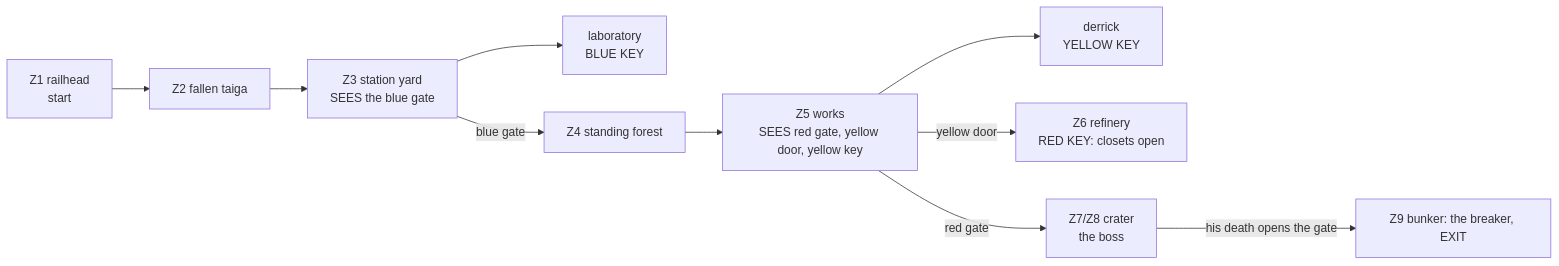
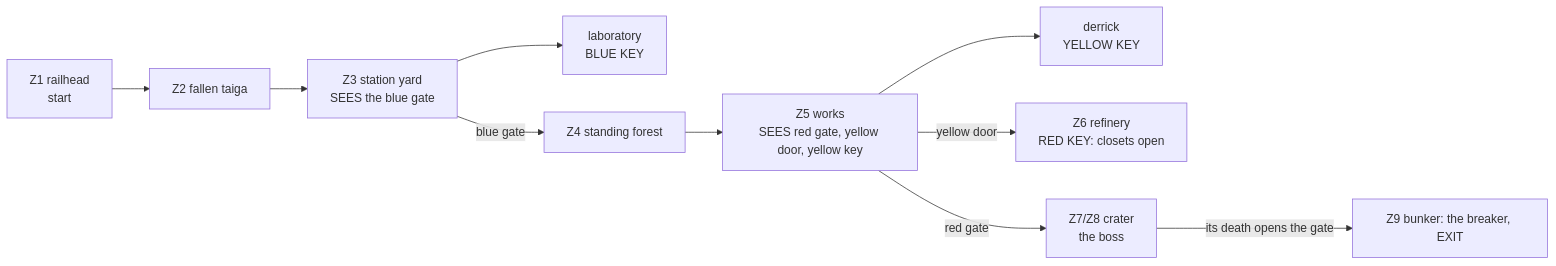
One commit to kahache/soviet_doom changed the diagram in docs/levels/MAP09-tunguska.md. Above: the diagram before and after it, drawn with Mermaid. The commit also changed other lines of this file and 36 other files, not shown here.

````diff
--- a/docs/levels/MAP09-tunguska.md
+++ b/docs/levels/MAP09-tunguska.md
@@ -127,10 +131,10 @@
 ```mermaid
 graph LR
   S[Z1 railhead<br/>start] --> T[Z2 fallen taiga] --> G[Z3 station yard<br/>SEES the blue gate]
   G --> L[laboratory<br/>BLUE KEY]
   G -->|blue gate| F[Z4 standing forest] --> W[Z5 works<br/>SEES red gate, yellow door, yellow key]
   W --> D[derrick<br/>YELLOW KEY]
   W -->|yellow door| R[Z6 refinery<br/>RED KEY: closets open]
   W -->|red gate| C[Z7/Z8 crater<br/>the boss]
-  C -->|his death opens the gate| X[Z9 bunker: the breaker, EXIT]
+  C -->|its death opens the gate| X[Z9 bunker: the breaker, EXIT]
 ```
````
